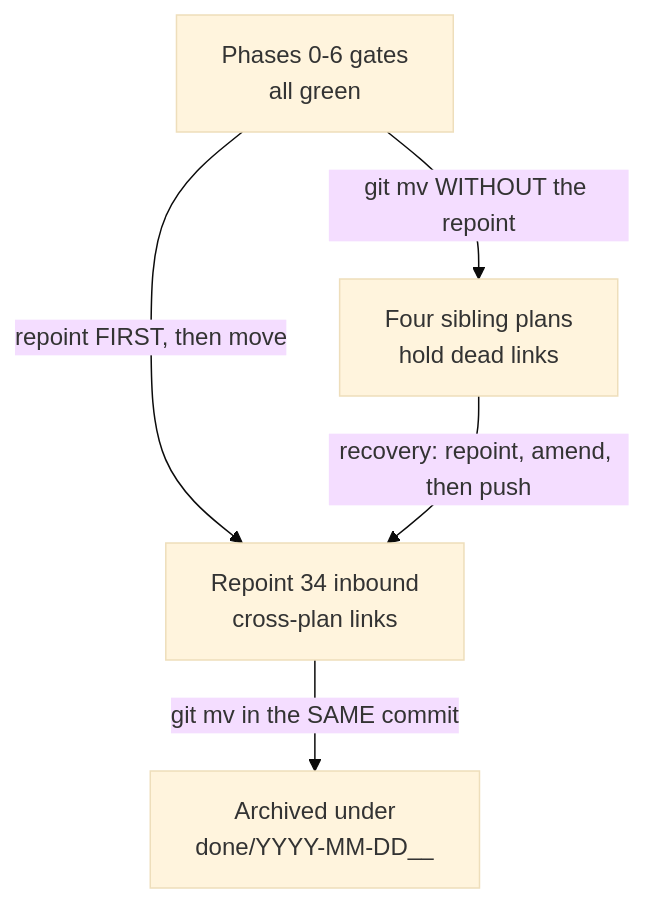
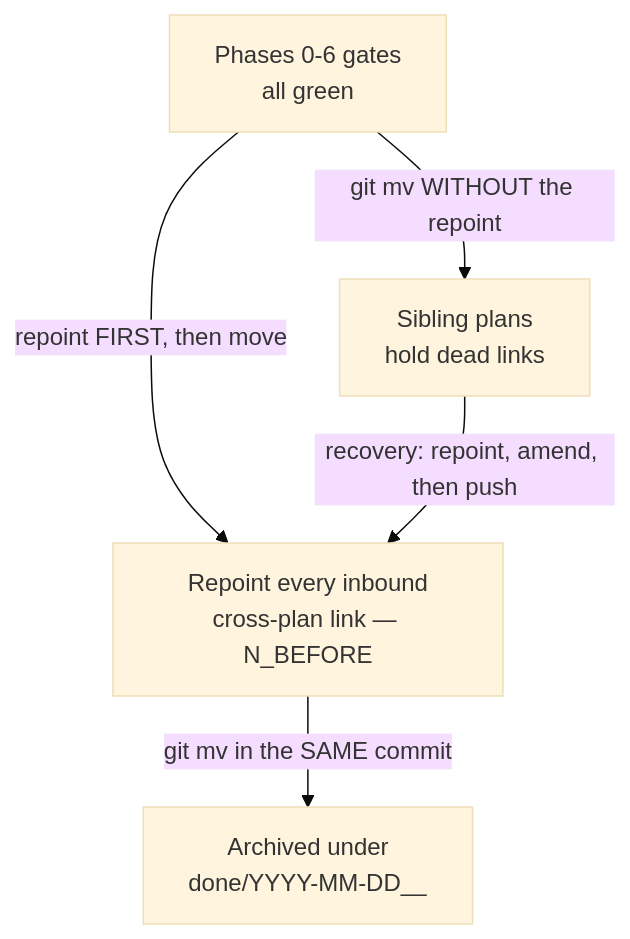
The fourth of 4 diagrams in plans/backlog/ayokoding-learning-path-02-schema-and-prerequisite-dag/README.md (wahidyankf/baseerah), drawn with Mermaid (base theme) before and after one commit. The commit also changed other lines of this file and 11 other files, not shown here.

First line of the commit message:
docs(plans): apply plan-quality-gate fixes to the schema-and-prerequisite-DAG plan

````diff
--- a/plans/backlog/ayokoding-learning-path-02-schema-and-prerequisite-dag/README.md
+++ b/plans/backlog/ayokoding-learning-path-02-schema-and-prerequisite-dag/README.md
@@ -426,15 +434,16 @@
 ```mermaid
 %% Archival lifecycle. The reciprocal-repoint step is what distinguishes this plan's
-%% archival from an ordinary one; skipping it breaks the next push from four other plans.
-%% The recovery branch is drawn explicitly so the failure mode is not folded into prose.
+%% archival from an ordinary one; skipping it breaks the next push from every sibling plan
+%% that links in. The recovery branch is drawn explicitly so the failure mode is not folded
+%% into prose.
 flowchart TD
     GATES["Phases 0-6 gates<br/>all green"]
-    REPOINT["Repoint 34 inbound<br/>cross-plan links"]
+    REPOINT["Repoint every inbound<br/>cross-plan link — N_BEFORE"]
     ARCHIVED["Archived under<br/>done/YYYY-MM-DD__"]
-    BROKEN["Four sibling plans<br/>hold dead links"]
+    BROKEN["Sibling plans<br/>hold dead links"]
 
     GATES -->|"repoint FIRST, then move"| REPOINT
     REPOINT -->|"git mv in the SAME commit"| ARCHIVED
     GATES -->|"git mv WITHOUT the repoint"| BROKEN
     BROKEN -->|"recovery: repoint, amend, then push"| REPOINT
 ```
````
